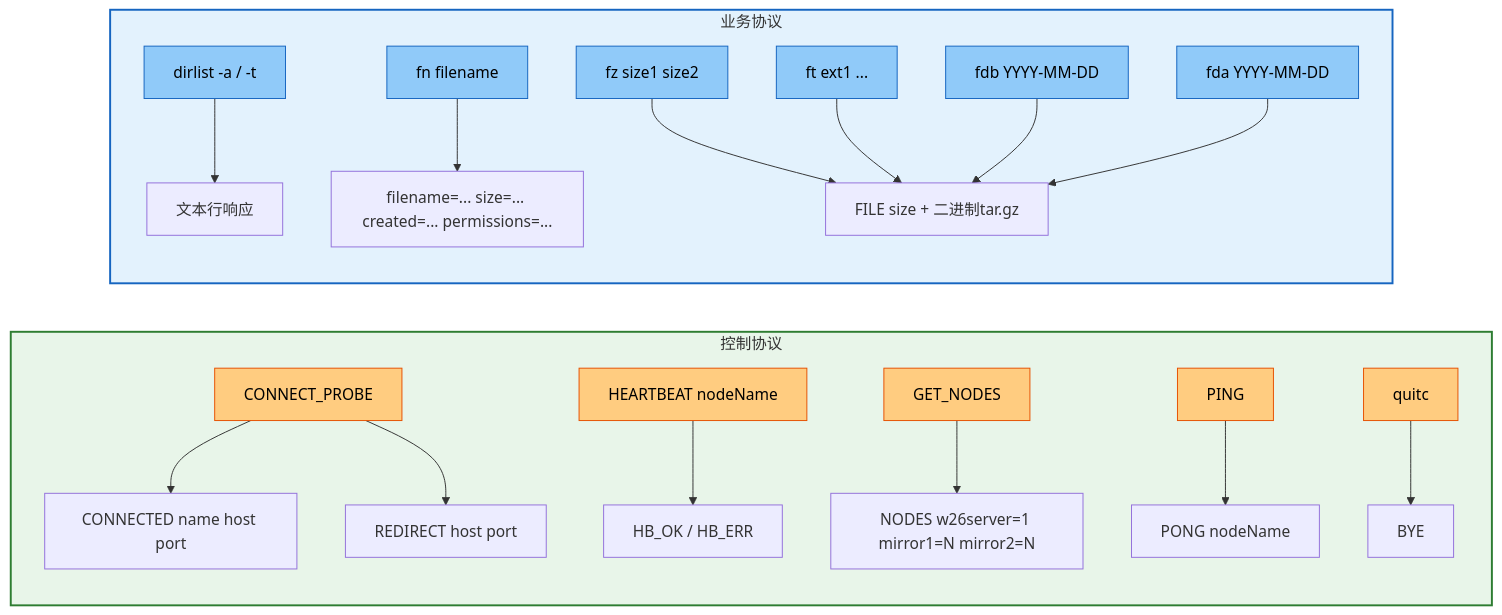
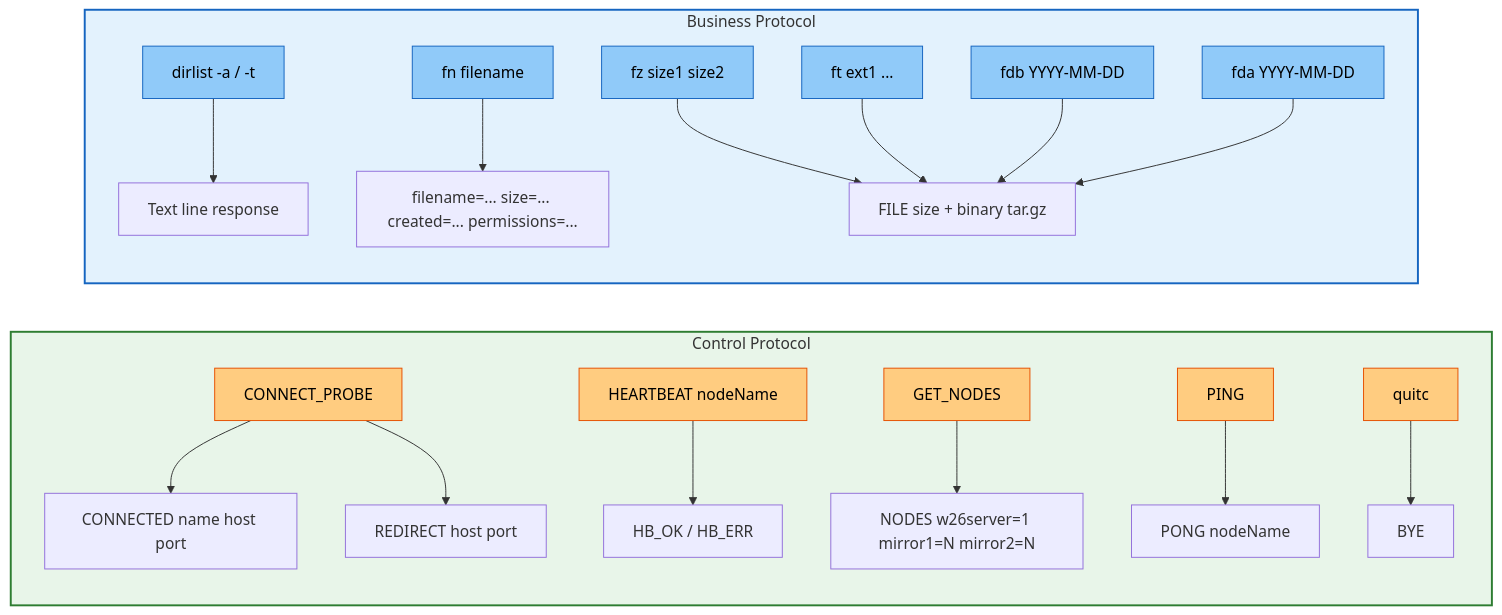
The sixth of 7 diagrams in README.md (jianglei919/ASP_Group), drawn with Mermaid before and after one commit. The commit also changed other lines of this file and 1 other file, not shown here.

````diff
--- a/README.md
+++ b/README.md
@@ -193,34 +193,34 @@
 ```mermaid
 graph LR
-    subgraph control ["控制协议"]
+    subgraph control ["Control Protocol"]
         style control fill:#E8F5E9,stroke:#2E7D32,stroke-width:2px
         CP["CONNECT_PROBE"] --> CONN["CONNECTED name host port"]
         CP --> REDIR["REDIRECT host port"]
         HB["HEARTBEAT nodeName"] --> HBOK["HB_OK / HB_ERR"]
         GN["GET_NODES"] --> NS["NODES w26server=1 mirror1=N mirror2=N"]
         PING["PING"] --> PONG["PONG nodeName"]
         QC["quitc"] --> BYE["BYE"]
     end
 
-    subgraph business ["业务协议"]
+    subgraph business ["Business Protocol"]
         style business fill:#E3F2FD,stroke:#1565C0,stroke-width:2px
-        DL["dirlist -a / -t"] --> TEXT["文本行响应"]
+        DL["dirlist -a / -t"] --> TEXT["Text line response"]
         FN["fn filename"] --> META["filename=... size=... created=... permissions=..."]
-        FZ["fz size1 size2"] --> FILE["FILE size + 二进制tar.gz"]
+        FZ["fz size1 size2"] --> FILE["FILE size + binary tar.gz"]
         FT["ft ext1 ..."] --> FILE
         FDB["fdb YYYY-MM-DD"] --> FILE
         FDA["fda YYYY-MM-DD"] --> FILE
     end
 
     style CP fill:#FFCC80,stroke:#E65100,color:#000
     style HB fill:#FFCC80,stroke:#E65100,color:#000
     style GN fill:#FFCC80,stroke:#E65100,color:#000
     style PING fill:#FFCC80,stroke:#E65100,color:#000
     style QC fill:#FFCC80,stroke:#E65100,color:#000
     style DL fill:#90CAF9,stroke:#1565C0,color:#000
     style FN fill:#90CAF9,stroke:#1565C0,color:#000
     style FZ fill:#90CAF9,stroke:#1565C0,color:#000
     style FT fill:#90CAF9,stroke:#1565C0,color:#000
     style FDB fill:#90CAF9,stroke:#1565C0,color:#000
     style FDA fill:#90CAF9,stroke:#1565C0,color:#000
 ```
````
